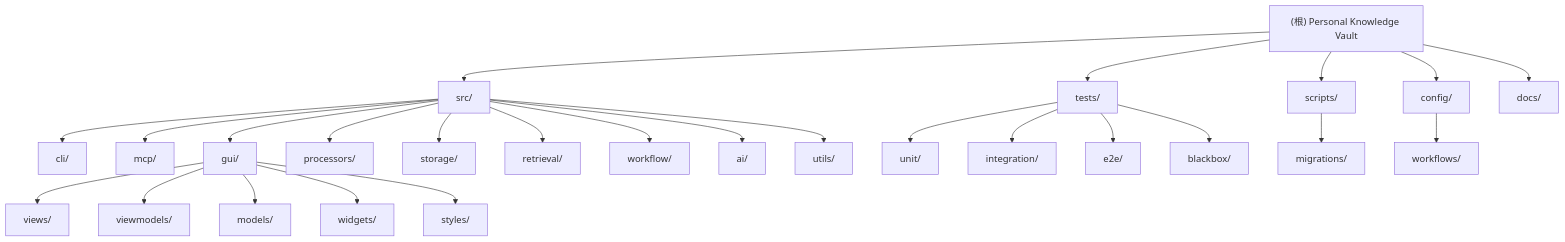
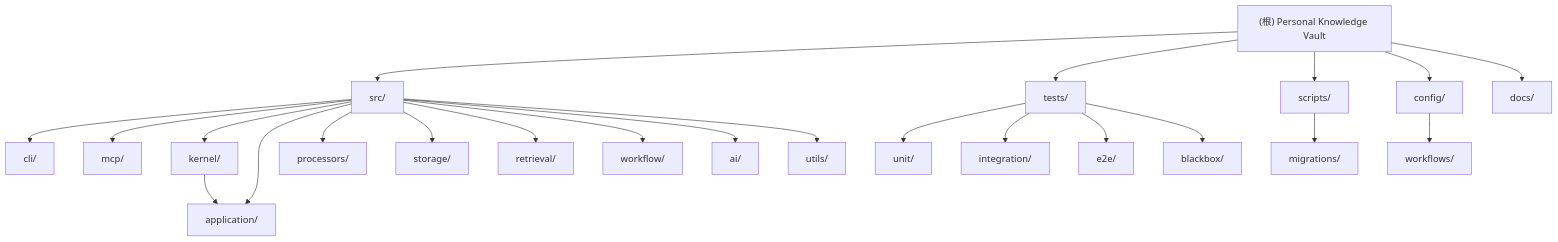
Before and after one commit to OceanEyeFF/personal-knowledge-vault: the diagram in CLAUDE.md, drawn with Mermaid. The commit also changed other lines of this file and 159 other files, not shown here.

Commit message:
feat: establish headless kernel and extract GUI

````diff
--- a/CLAUDE.md
+++ b/CLAUDE.md
@@ -191,47 +187,45 @@
 ```mermaid
 graph TD
     ROOT["(根) Personal Knowledge Vault"]
 
     ROOT --> SRC["src/"]
     SRC --> CLI["cli/"]
     SRC --> MCP["mcp/"]
-    SRC --> GUI["gui/"]
+    SRC --> KERNEL["kernel/"]
+    SRC --> APPLICATION["application/"]
     SRC --> PROCESSORS["processors/"]
     SRC --> STORAGE["storage/"]
     SRC --> RETRIEVAL["retrieval/"]
     SRC --> WORKFLOW["workflow/"]
     SRC --> AI["ai/"]
     SRC --> UTILS["utils/"]
 
-    GUI --> GUI_VIEWS["views/"]
-    GUI --> GUI_VM["viewmodels/"]
-    GUI --> GUI_MODELS["models/"]
-    GUI --> GUI_WIDGETS["widgets/"]
-    GUI --> GUI_STYLES["styles/"]
+    KERNEL --> APPLICATION
 
     ROOT --> TESTS["tests/"]
     TESTS --> UNIT["unit/"]
     TESTS --> INTEGRATION["integration/"]
     TESTS --> E2E["e2e/"]
     TESTS --> BLACKBOX["blackbox/"]
 
     ROOT --> SCRIPTS["scripts/"]
     SCRIPTS --> MIGRATIONS["migrations/"]
 
     ROOT --> CONFIG["config/"]
     CONFIG --> WORKFLOWS["workflows/"]
 
     ROOT --> DOCS["docs/"]
 
     click CLI "./src/cli/CLAUDE.md" "查看 CLI 模块文档"
     click MCP "./src/mcp/CLAUDE.md" "查看 MCP 服务模块文档"
-    click GUI "./src/gui/CLAUDE.md" "查看 GUI 桌面应用模块文档"
+    click KERNEL "./src/kernel/CLAUDE.md" "查看无头 Kernel 模块文档"
+    click APPLICATION "./src/application/CLAUDE.md" "查看 Application 组合模块文档"
     click PROCESSORS "./src/processors/CLAUDE.md" "查看 Processors 模块文档"
     click STORAGE "./src/storage/CLAUDE.md" "查看 Storage 模块文档"
     click RETRIEVAL "./src/retrieval/CLAUDE.md" "查看 Retrieval 模块文档"
     click WORKFLOW "./src/workflow/CLAUDE.md" "查看 Workflow 模块文档"
     click AI "./src/ai/CLAUDE.md" "查看 AI Services 模块文档"
     click TESTS "./tests/CLAUDE.md" "查看 Tests 模块文档"
     click SCRIPTS "./scripts/CLAUDE.md" "查看 Scripts 模块文档"
     click CONFIG "./config/CLAUDE.md" "查看 Config 模块文档"
 ```
````
